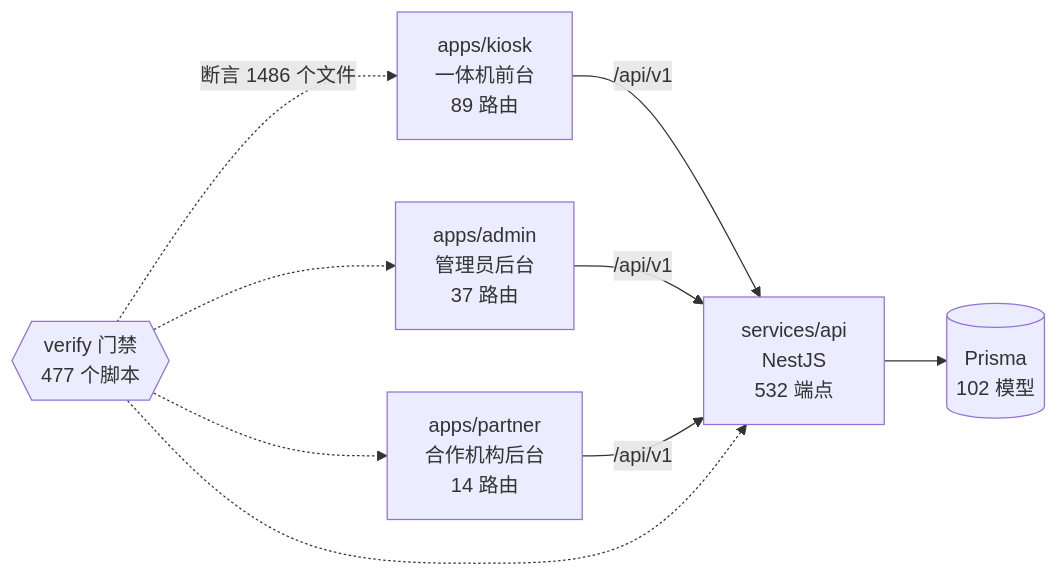
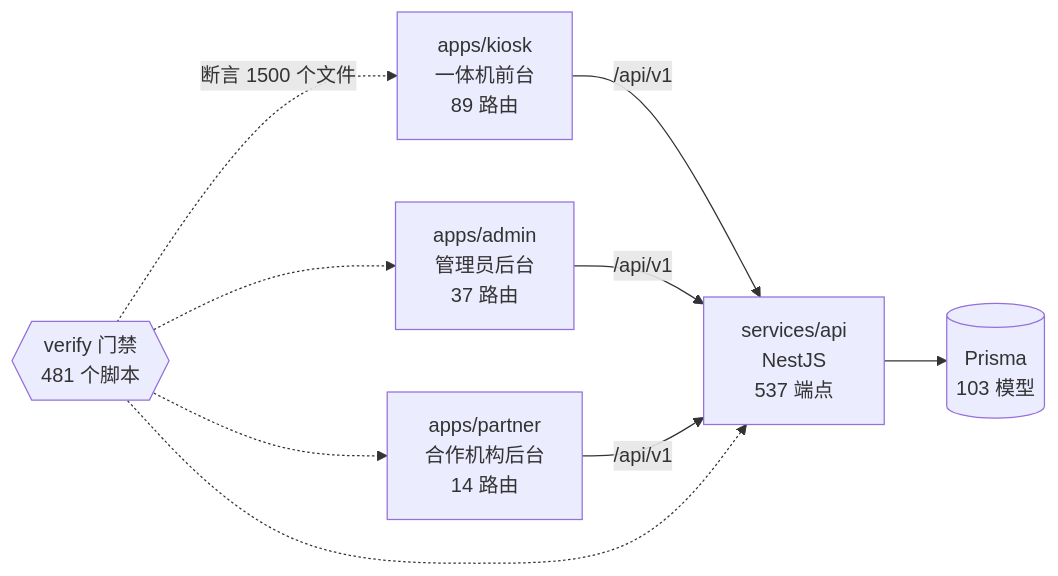
Before and after one commit to wanglei581/YITIJI: the diagram in docs/graph/README.md, drawn with Mermaid. The commit also changed other lines of this file and 4 other files, not shown here.

Commit message:
docs(graph): regenerate for merged upload, pickup and job-board changes

````diff
--- a/docs/graph/README.md
+++ b/docs/graph/README.md
@@ -68,18 +68,18 @@
 ```mermaid
 flowchart LR
   kiosk["apps/kiosk<br/>一体机前台<br/>89 路由"]
   admin["apps/admin<br/>管理员后台<br/>37 路由"]
   partner["apps/partner<br/>合作机构后台<br/>14 路由"]
-  api["services/api<br/>NestJS<br/>532 端点"]
-  db[("Prisma<br/>102 模型")]
-  gates{{"verify 门禁<br/>477 个脚本"}}
+  api["services/api<br/>NestJS<br/>537 端点"]
+  db[("Prisma<br/>103 模型")]
+  gates{{"verify 门禁<br/>481 个脚本"}}
 
   kiosk -->|"/api/v1"| api
   admin -->|"/api/v1"| api
   partner -->|"/api/v1"| api
   api --> db
-  gates -.->|"断言 1486 个文件"| kiosk
+  gates -.->|"断言 1500 个文件"| kiosk
   gates -.-> admin
   gates -.-> partner
   gates -.-> api
 ```
````
